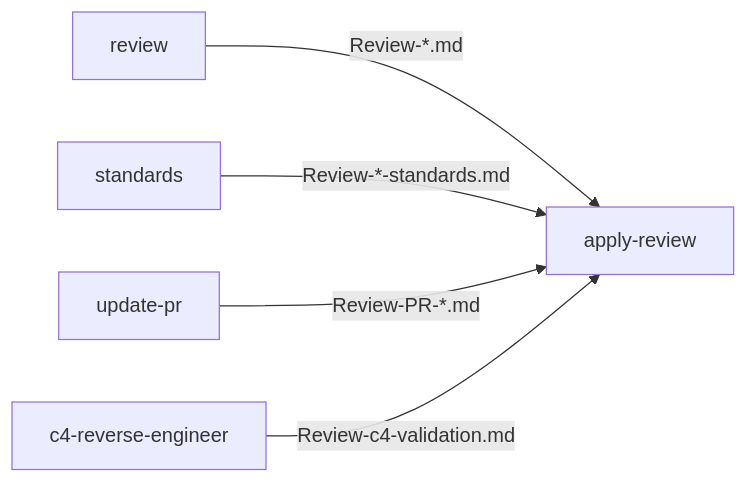
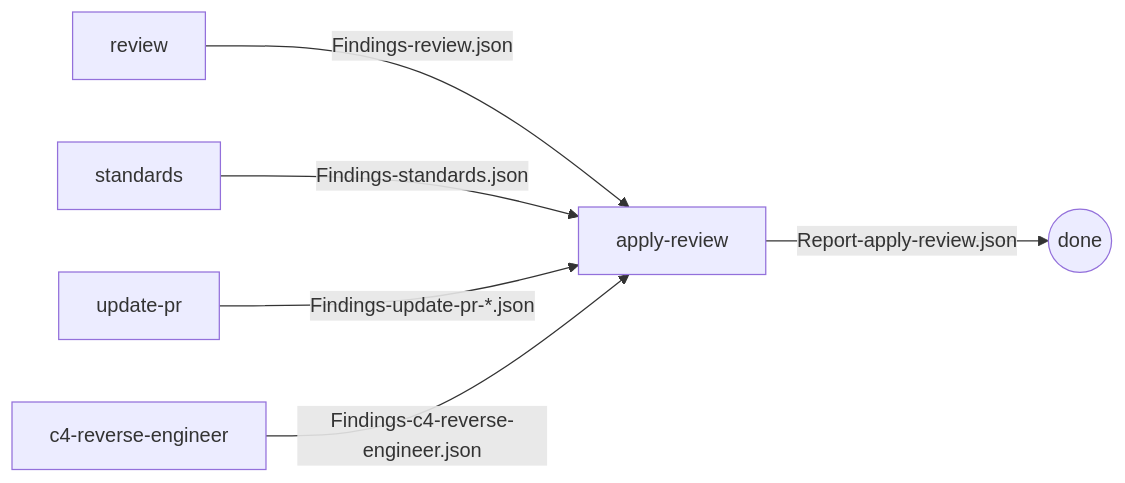
Before and after one commit to jewzaam/jewzaam-reviews: the diagram in README.md, drawn with Mermaid. The commit also changed other lines of this file and 63 other files, not shown here.

````diff
--- a/README.md
+++ b/README.md
@@ -24,7 +24,8 @@
 ```mermaid
 graph LR
-    review["review"] -->|"Review-*.md"| apply["apply-review"]
-    standards["standards"] -->|"Review-*-standards.md"| apply
-    update_pr["update-pr"] -->|"Review-PR-*.md"| apply
-    c4["c4-reverse-engineer"] -->|"Review-c4-validation.md"| apply
+    review["review"] -->|"Findings-review.json"| apply["apply-review"]
+    standards["standards"] -->|"Findings-standards.json"| apply
+    update_pr["update-pr"] -->|"Findings-update-pr-*.json"| apply
+    c4["c4-reverse-engineer"] -->|"Findings-c4-reverse-engineer.json"| apply
+    apply -->|"Report-apply-review.json"| done((done))
 ```
````
